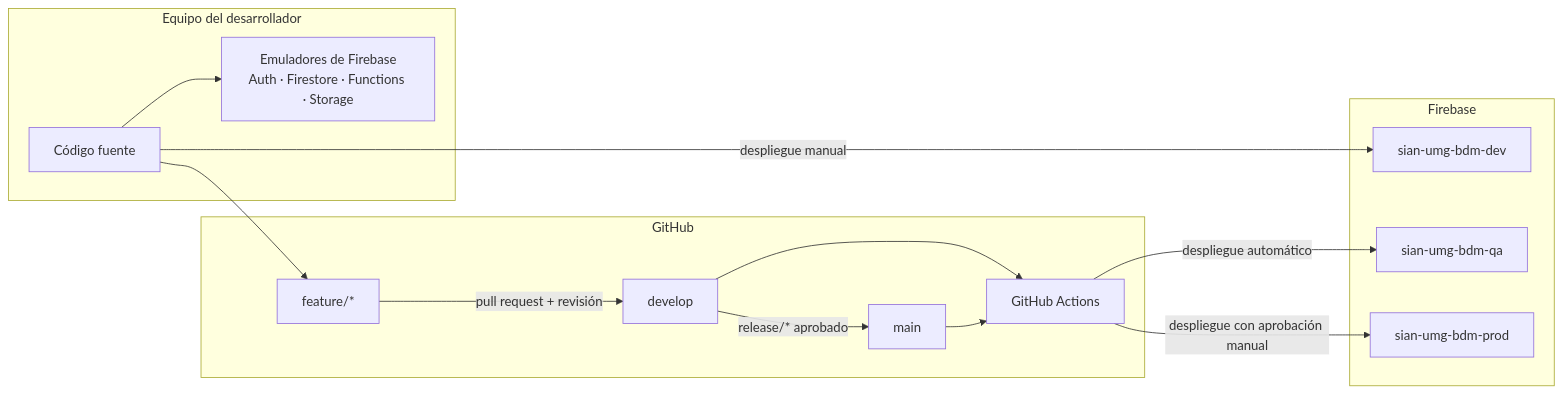
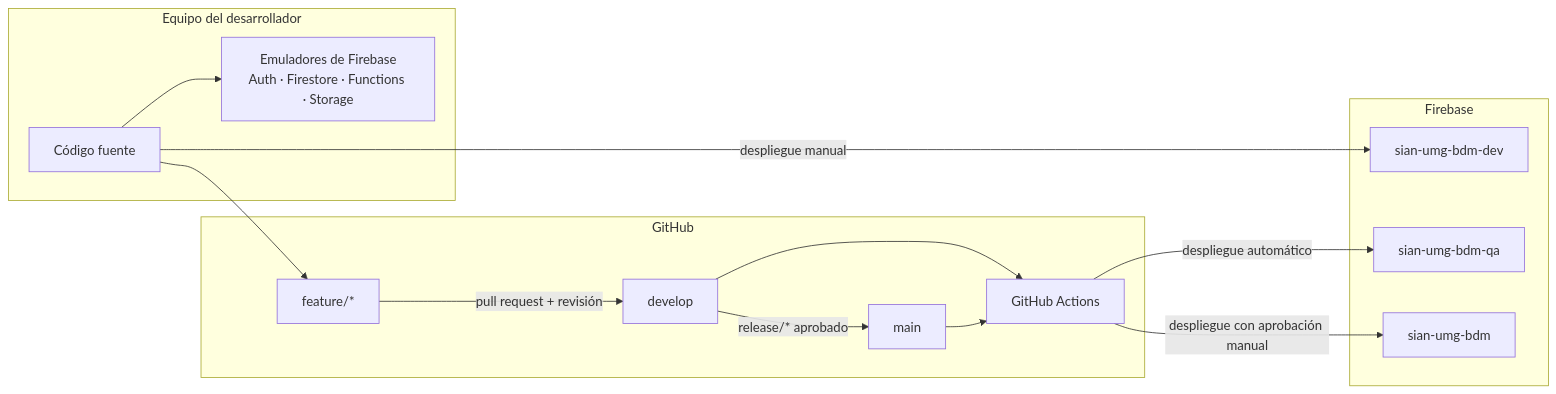
One commit to eurizara/sian-notificaciones-catedraticos changed the fifth of 5 diagrams in docs/02-arquitectura-y-diseno.md. Above: the diagram before and after it, drawn with Mermaid. The commit also changed other lines of this file and 8 other files, not shown here.

````diff
--- a/docs/02-arquitectura-y-diseno.md
+++ b/docs/02-arquitectura-y-diseno.md
@@ -554,28 +560,28 @@
 ```mermaid
 flowchart LR
     subgraph Local["Equipo del desarrollador"]
         EMU["Emuladores de Firebase<br/>Auth · Firestore · Functions · Storage"]
         CODE["Código fuente"]
     end
     subgraph GH["GitHub"]
         FEAT["feature/*"]
         DEV["develop"]
         MAIN["main"]
         CI["GitHub Actions"]
     end
     subgraph FB["Firebase"]
         D["sian-umg-bdm-dev"]
         Q["sian-umg-bdm-qa"]
-        PR["sian-umg-bdm-prod"]
+        PR["sian-umg-bdm"]
     end
 
     CODE --> EMU
     CODE --> FEAT
     FEAT -->|"pull request + revisión"| DEV
     DEV -->|"release/* aprobado"| MAIN
     DEV --> CI
     MAIN --> CI
     CI -->|"despliegue automático"| Q
     CI -->|"despliegue con aprobación manual"| PR
     CODE -->|"despliegue manual"| D
 ```
````
